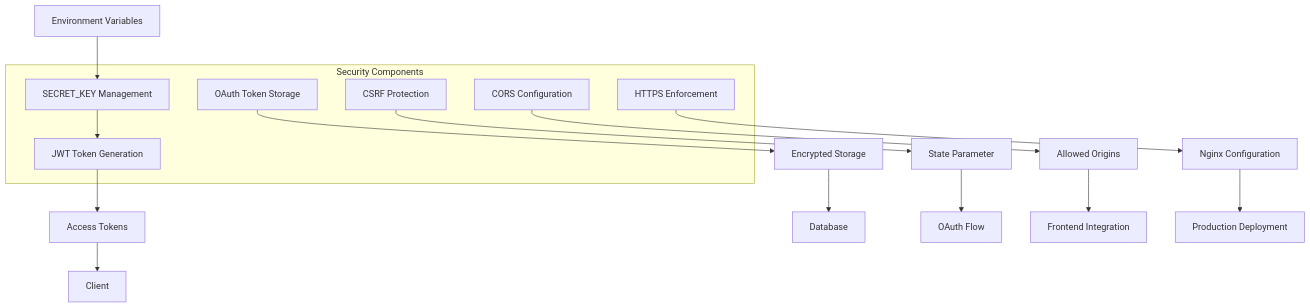
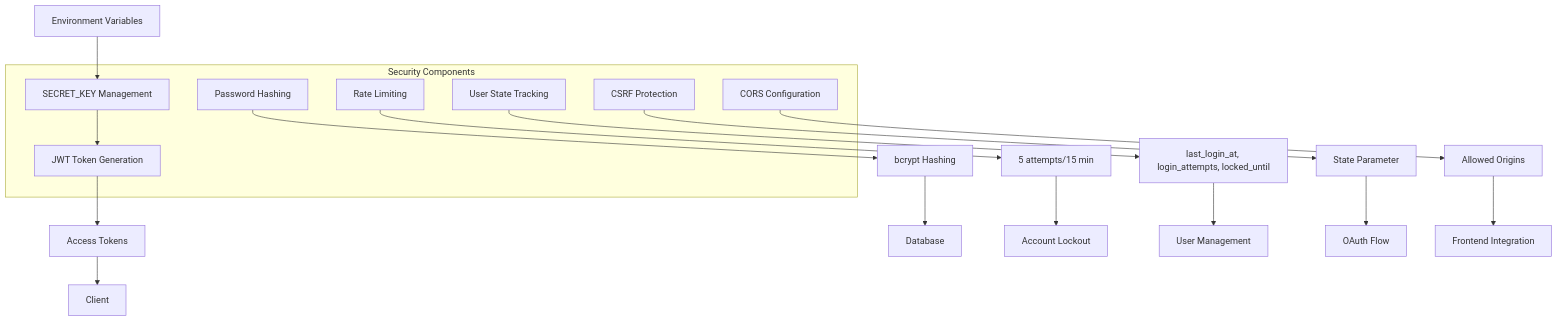
The fifth of 7 diagrams in .qoder/repowiki/en/content/Authentication & Authorization/Authentication & Authorization.md (fegerV/ARV), drawn with Mermaid before and after one commit. The commit also changed other lines of this file and 21 other files, not shown here.

````diff
--- a/.qoder/repowiki/en/content/Authentication & Authorization/Authentication & Authorization.md
+++ b/.qoder/repowiki/en/content/Authentication & Authorization/Authentication & Authorization.md
@@ -162,23 +215,26 @@
 ```mermaid
 graph TB
 subgraph "Security Components"
 A[SECRET_KEY Management]
 B[JWT Token Generation]
-C[OAuth Token Storage]
-D[CSRF Protection]
-E[CORS Configuration]
-F[HTTPS Enforcement]
+C[Password Hashing]
+D[Rate Limiting]
+E[User State Tracking]
+F[CSRF Protection]
+G[CORS Configuration]
 end
-G[Environment Variables] --> A
+H[Environment Variables] --> A
 A --> B
-B --> H[Access Tokens]
-C --> I[Encrypted Storage]
-D --> J[State Parameter]
-E --> K[Allowed Origins]
-F --> L[Nginx Configuration]
-H --> M[Client]
-I --> N[Database]
-J --> O[OAuth Flow]
-K --> P[Frontend Integration]
-L --> Q[Production Deployment]
+B --> I[Access Tokens]
+C --> J[bcrypt Hashing]
+D --> K[5 attempts/15 min]
+E --> L[last_login_at, login_attempts, locked_until]
+F --> M[State Parameter]
+G --> N[Allowed Origins]
+I --> O[Client]
+J --> P[Database]
+K --> Q[Account Lockout]
+L --> R[User Management]
+M --> S[OAuth Flow]
+N --> T[Frontend Integration]
 ```
````
